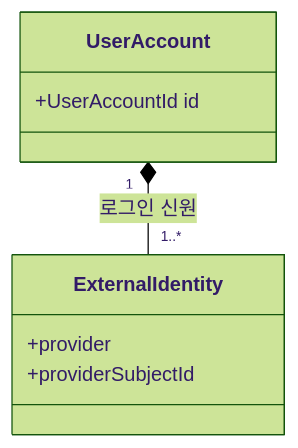
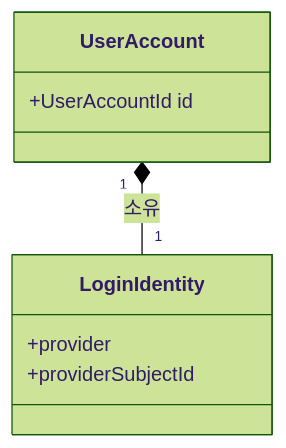
Before and after one commit to PhilPark-geosr/stock-agent: the fourth of 7 diagrams in design/login_feature_design.md, drawn with Mermaid (forest theme). The commit also changed other lines of this file and 1 other file, not shown here.

Commit message:
docs: define login identity value object

````diff
--- a/design/login_feature_design.md
+++ b/design/login_feature_design.md
@@ -160,13 +160,13 @@
 ```mermaid
 classDiagram
     class UserAccount {
         +UserAccountId id
     }
 
-    class ExternalIdentity {
+    class LoginIdentity {
         +provider
         +providerSubjectId
     }
 
-    UserAccount "1" *-- "1..*" ExternalIdentity : 로그인 신원
+    UserAccount "1" *-- "1" LoginIdentity : 소유
 ```
````
